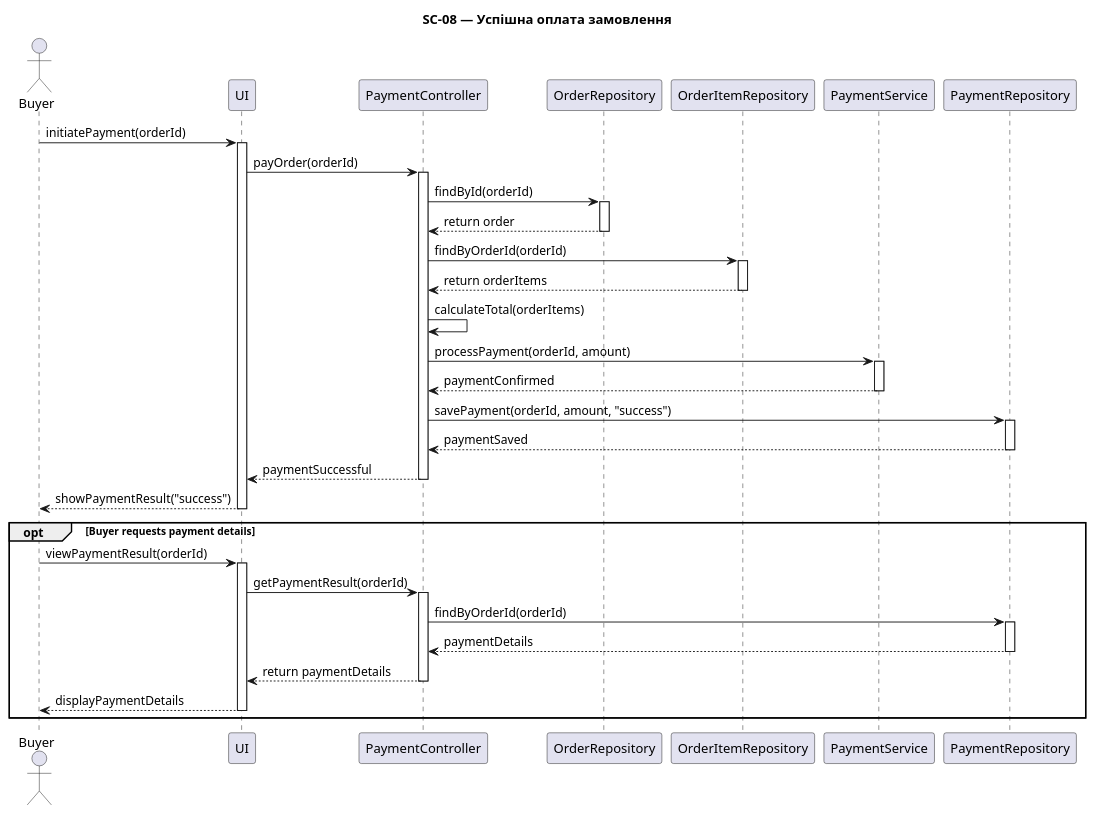
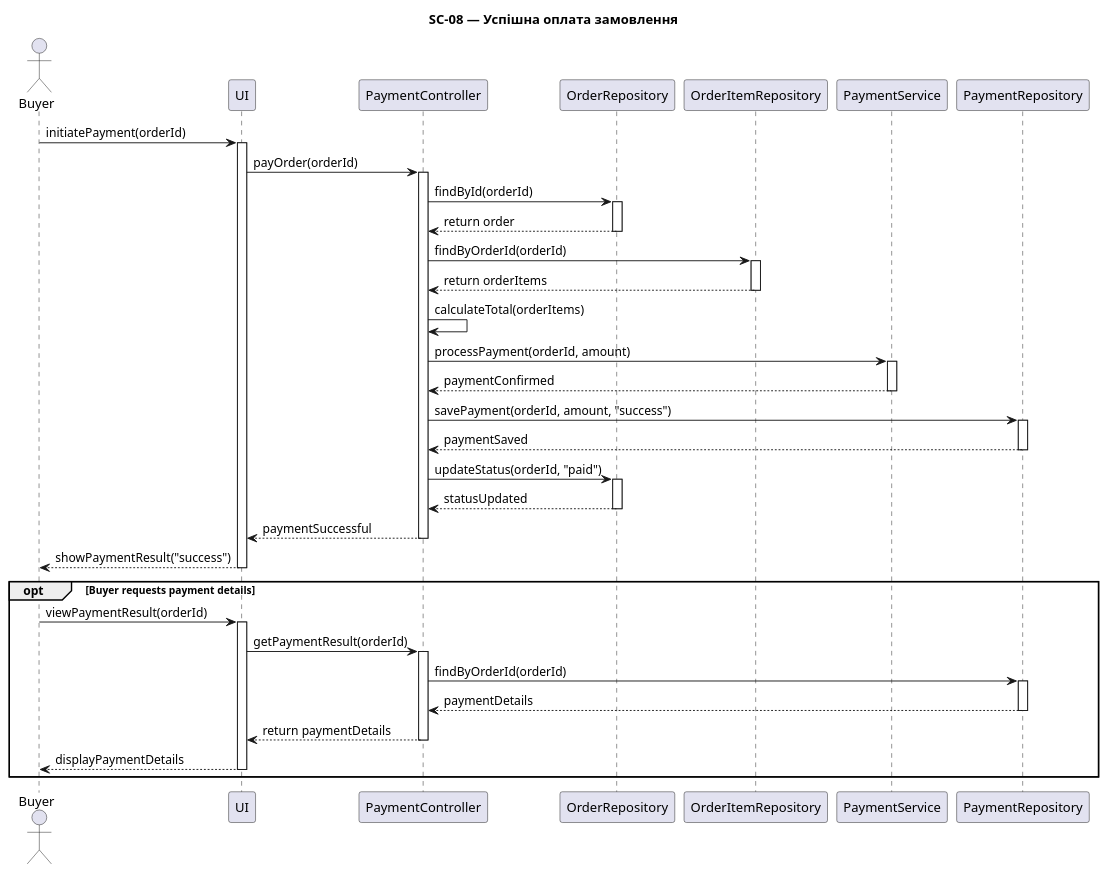
Before and after one commit to denisovatetiana-im-53/kpi: the diagram in lab3/sequence-diagrams/payment-success.puml, drawn with PlantUML.

Commit message:
fix(lab3): update order status after successful payment

```diff
--- a/lab3/sequence-diagrams/payment-success.puml
+++ b/lab3/sequence-diagrams/payment-success.puml
@@ -1,60 +1,65 @@
 @startuml
 title SC-08 — Успішна оплата замовлення
 
 actor Buyer
 participant UI
 participant PaymentController
 participant OrderRepository
 participant OrderItemRepository
 participant PaymentService
 participant PaymentRepository
 
 Buyer -> UI: initiatePayment(orderId)
 activate UI
 
 UI -> PaymentController: payOrder(orderId)
 activate PaymentController
 
 PaymentController -> OrderRepository: findById(orderId)
 activate OrderRepository
 OrderRepository --> PaymentController: return order
 deactivate OrderRepository
 
 PaymentController -> OrderItemRepository: findByOrderId(orderId)
 activate OrderItemRepository
 OrderItemRepository --> PaymentController: return orderItems
 deactivate OrderItemRepository
 
 PaymentController -> PaymentController: calculateTotal(orderItems)
 PaymentController -> PaymentService: processPayment(orderId, amount)
 activate PaymentService
 PaymentService --> PaymentController: paymentConfirmed
 deactivate PaymentService
 
 PaymentController -> PaymentRepository: savePayment(orderId, amount, "success")
 activate PaymentRepository
 PaymentRepository --> PaymentController: paymentSaved
 deactivate PaymentRepository
 
+PaymentController -> OrderRepository: updateStatus(orderId, "paid")
+activate OrderRepository
+OrderRepository --> PaymentController: statusUpdated
+deactivate OrderRepository
+
 PaymentController --> UI: paymentSuccessful
 deactivate PaymentController
 
 UI --> Buyer: showPaymentResult("success")
 deactivate UI
 
 opt Buyer requests payment details
     Buyer -> UI: viewPaymentResult(orderId)
     activate UI
     UI -> PaymentController: getPaymentResult(orderId)
     activate PaymentController
     PaymentController -> PaymentRepository: findByOrderId(orderId)
     activate PaymentRepository
     PaymentRepository --> PaymentController: paymentDetails
     deactivate PaymentRepository
     PaymentController --> UI: return paymentDetails
     deactivate PaymentController
     UI --> Buyer: displayPaymentDetails
     deactivate UI
 end
 
 @enduml
```
